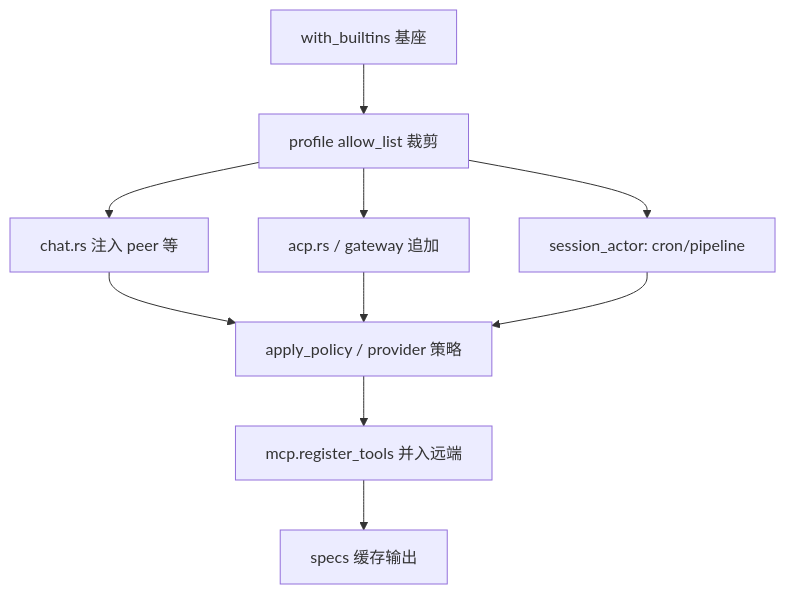
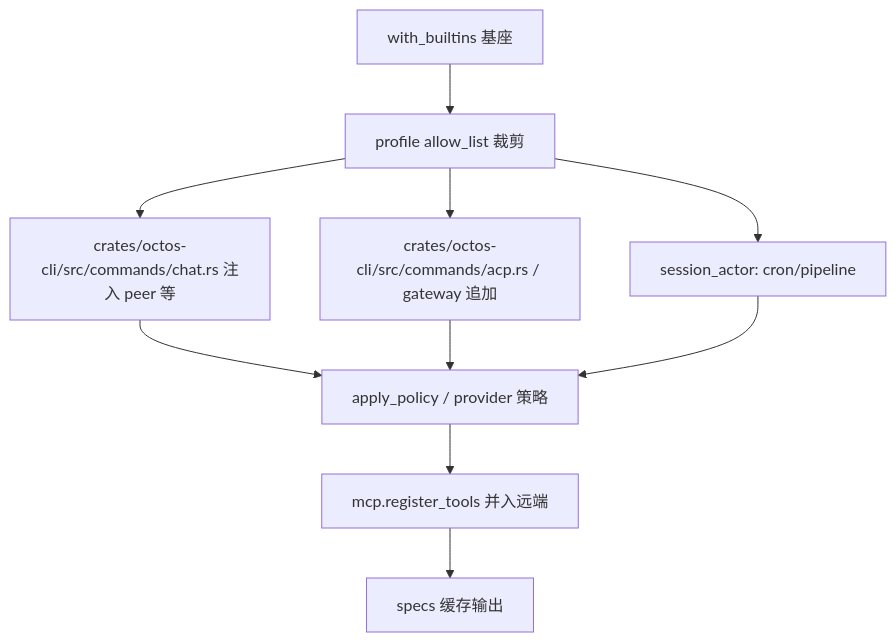
The third of 4 diagrams in book/src/part2/ch06.md (octos-org/octos-book), drawn with Mermaid before and after one commit. The commit also changed other lines of this file and 39 other files, not shown here.

````diff
--- a/book/src/part2/ch06.md
+++ b/book/src/part2/ch06.md
@@ -217,12 +217,12 @@
 ```mermaid
 graph TD
     A[with_builtins 基座] --> B[profile allow_list 裁剪]
-    B --> C1[chat.rs 注入 peer 等]
-    B --> C2[acp.rs / gateway 追加]
+    B --> C1[crates/octos-cli/src/commands/chat.rs 注入 peer 等]
+    B --> C2[crates/octos-cli/src/commands/acp.rs / gateway 追加]
     B --> C3[session_actor: cron/pipeline]
     C1 --> D[apply_policy / provider 策略]
     C2 --> D
     C3 --> D
     D --> E[mcp.register_tools 并入远端]
     E --> F[specs 缓存输出]
 ```
````
